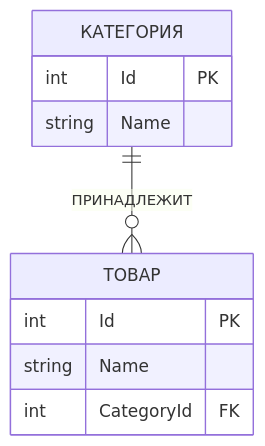
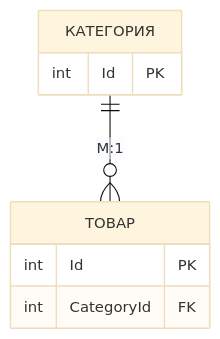
Before and after one commit to BDVRepo/Shop: the third of 7 diagrams in example/КУРСОВАЯ_РАБОТА.md, drawn with Mermaid. The commit also changed other lines of this file and 1 other file, not shown here.

````diff
--- a/example/КУРСОВАЯ_РАБОТА.md
+++ b/example/КУРСОВАЯ_РАБОТА.md
@@ -295,13 +261,12 @@
 ```mermaid
+%%{init: {'theme':'base', 'themeVariables': {'fontSize':'14px'}}}%%
 erDiagram
-    КАТЕГОРИЯ ||--o{ ТОВАР : "ПРИНАДЛЕЖИТ"
+    КАТЕГОРИЯ ||--o{ ТОВАР : "M:1"
     КАТЕГОРИЯ {
         int Id PK
-        string Name
     }
     ТОВАР {
         int Id PK
-        string Name
         int CategoryId FK
     }
 ```
````
